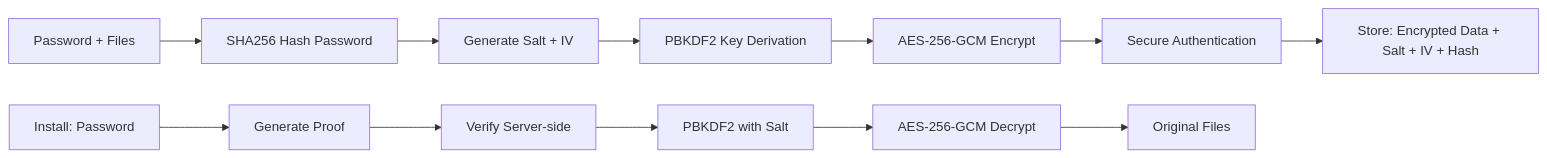
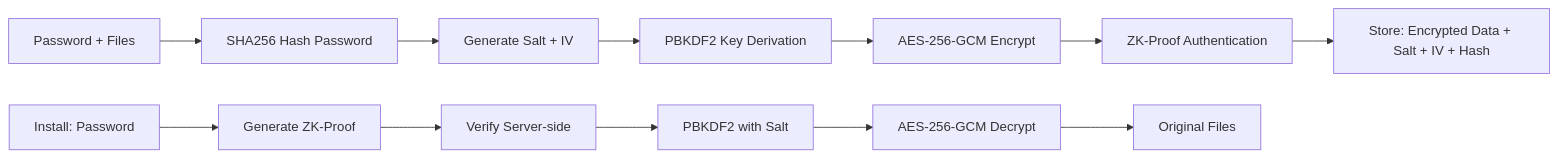
Before and after one commit to AbabilCore/envlink: the first of 2 diagrams in faq.md, drawn with Mermaid. The commit also changed other lines of this file and 1 other file, not shown here.

````diff
--- a/faq.md
+++ b/faq.md
@@ -137,15 +91,15 @@
 ```mermaid
 graph LR
     A[Password + Files] --> B[SHA256 Hash Password]
     B --> C[Generate Salt + IV]
     C --> D[PBKDF2 Key Derivation]
     D --> E[AES-256-GCM Encrypt]
-    E --> F[Secure Authentication]
+    E --> F[ZK-Proof Authentication]
     F --> G[Store: Encrypted Data + Salt + IV + Hash]
 
-    H[Install: Password] --> I[Generate Proof]
+    H[Install: Password] --> I[Generate ZK-Proof]
     I --> J[Verify Server-side]
     J --> K[PBKDF2 with Salt]
     K --> L[AES-256-GCM Decrypt]
     L --> M[Original Files]
 ```
````
